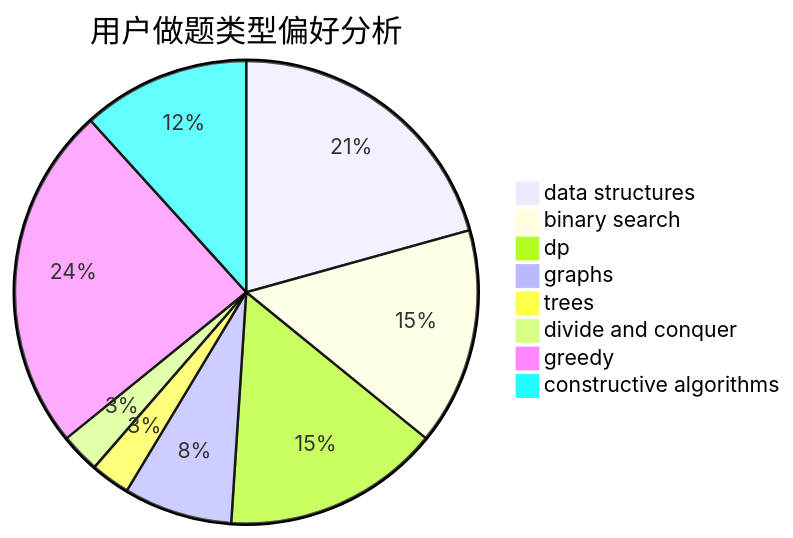
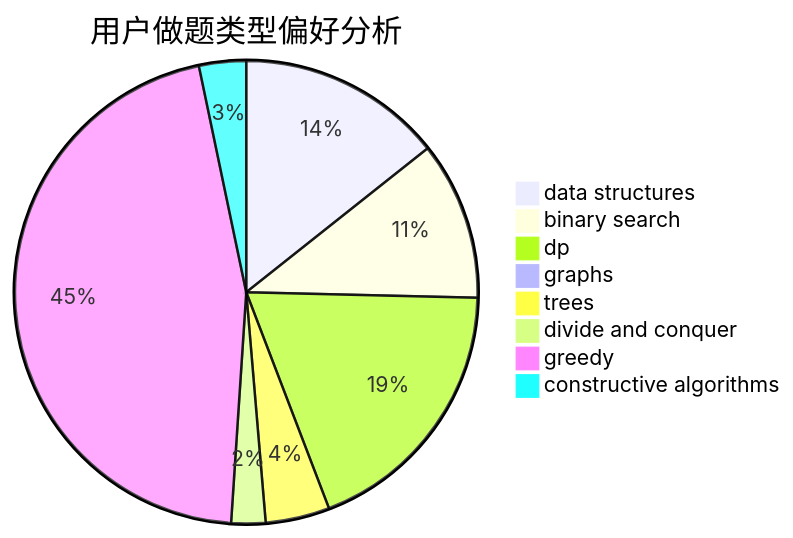
The second of 3 diagrams in docs/user/u839.md (sherpahu/cfrs.github.io), drawn with Mermaid before and after one commit. The commit also changed other lines of this file and 2770 other files, not shown here.

````diff
--- a/docs/user/u839.md
+++ b/docs/user/u839.md
@@ -23,11 +23,11 @@
 ```mermaid
 pie title 用户做题类型偏好分析
-    "data structures" :  30
-    "binary search" :  22
-    "dp" :  22
-    "graphs" :  11
-    "trees" :  4
-    "divide and conquer" :  4
-    "greedy" :  35
-    "constructive algorithms" :  17
+    "data structures" :  48
+    "binary search" :  37
+    "dp" :  63
+    "graphs" :  2
+    "trees" :  15
+    "divide and conquer" :  8
+    "greedy" :  153
+    "constructive algorithms" :  11
 ```
````
